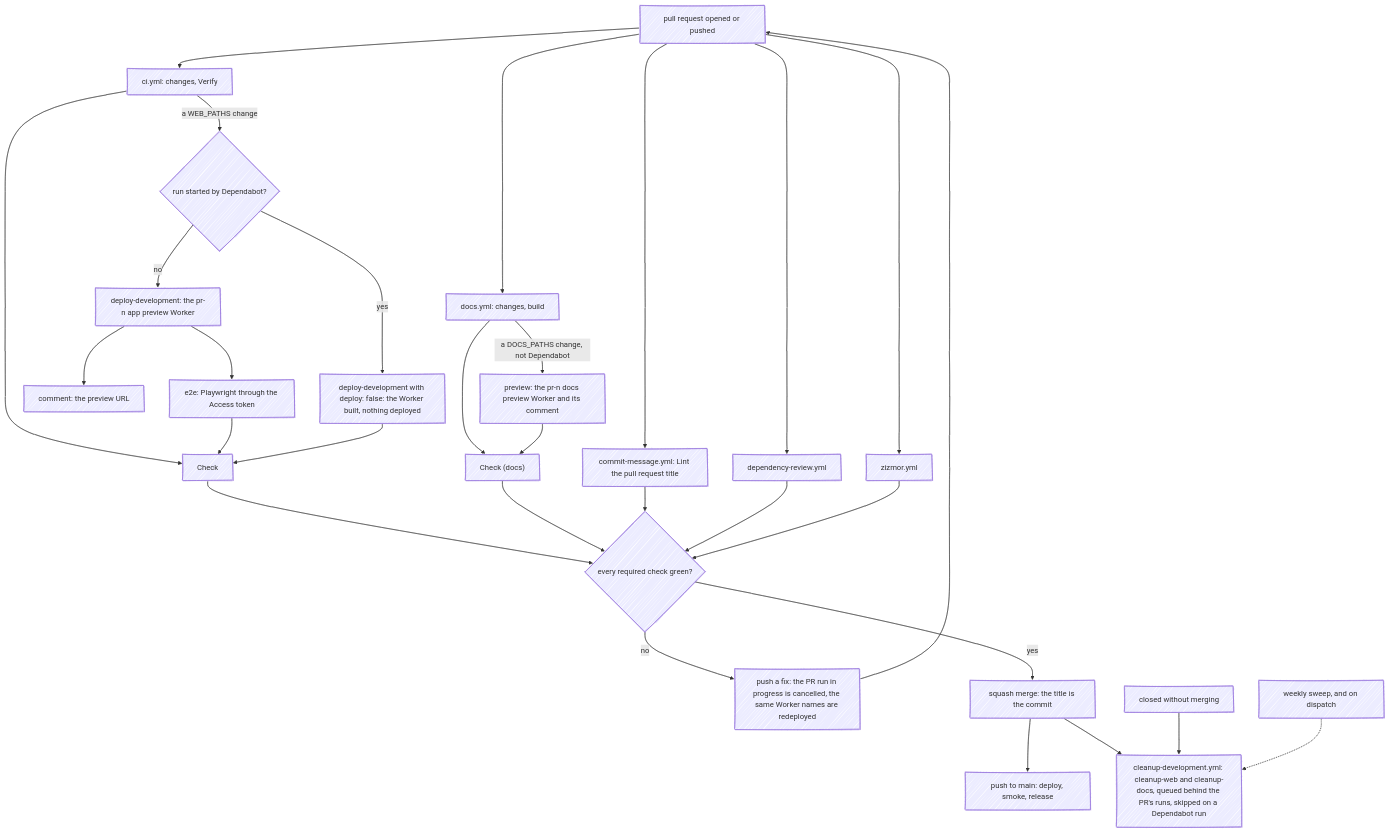
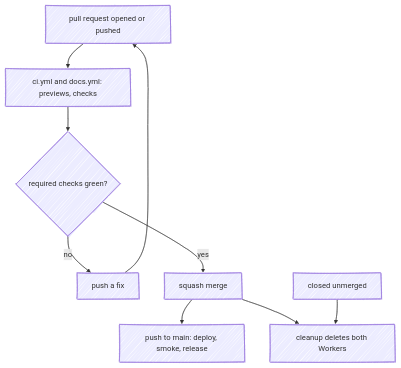
One commit to fbuireu/forever-pto changed the fourth of 4 diagrams in apps/docs/src/content/docs/infra/workflows.mdx. Above: the diagram before and after it, drawn with Mermaid. The commit also changed other lines of this file and 2 other files, not shown here.

First line of the commit message:
docs(infra): rework the workflow diagrams and trim repeated passages

````diff
--- a/apps/docs/src/content/docs/infra/workflows.mdx
+++ b/apps/docs/src/content/docs/infra/workflows.mdx
@@ -142,27 +128,15 @@
 ```mermaid
 ---
 config:
   look: handDrawn
   layout: dagre
 ---
 flowchart TD
-  PUSH["pull request opened or pushed"] --> CIW & DOCW & TITLE & DEPR & ZZ
-  CIW["ci.yml: changes, Verify"] -->|"a WEB_PATHS change"| BOT{"run started by Dependabot?"}
-  BOT -- "no" --> DD["deploy-development: the pr-n app preview Worker"]
-  BOT -- "yes" --> BUILD["deploy-development with deploy: false: the Worker built, nothing deployed"]
-  DD --> CMT["comment: the preview URL"]
-  DD --> E2E["e2e: Playwright through the Access token"]
-  DOCW["docs.yml: changes, build"] -->|"a DOCS_PATHS change, not Dependabot"| DPV["preview: the pr-n docs preview Worker and its comment"]
-  TITLE["commit-message.yml: Lint the pull request title"]
-  DEPR["dependency-review.yml"]
-  ZZ["zizmor.yml"]
-  CIW & E2E & BUILD --> CK["Check"]
-  DOCW & DPV --> CKD["Check (docs)"]
-  CK & CKD & TITLE & DEPR & ZZ --> REQ{"every required check green?"}
-  REQ -- "no" --> FIX["push a fix: the PR run in progress is cancelled, the same Worker names are redeployed"]
+  PUSH["pull request opened or pushed"] --> CIW["ci.yml and docs.yml: previews, checks"]
+  CIW --> REQ{"required checks green?"}
+  REQ -- "no" --> FIX["push a fix"]
   FIX --> PUSH
-  REQ -- "yes" --> MERGE["squash merge: the title is the commit"]
+  REQ -- "yes" --> MERGE["squash merge"]
   MERGE --> MAIN["push to main: deploy, smoke, release"]
-  MERGE & CLOSED["closed without merging"] --> CLEAN["cleanup-development.yml: cleanup-web and cleanup-docs, queued behind the PR's runs, skipped on a Dependabot run"]
-  SWEEP["weekly sweep, and on dispatch"] -.-> CLEAN
+  MERGE & CLOSED["closed unmerged"] --> CLEAN["cleanup deletes both Workers"]
 ```
````
